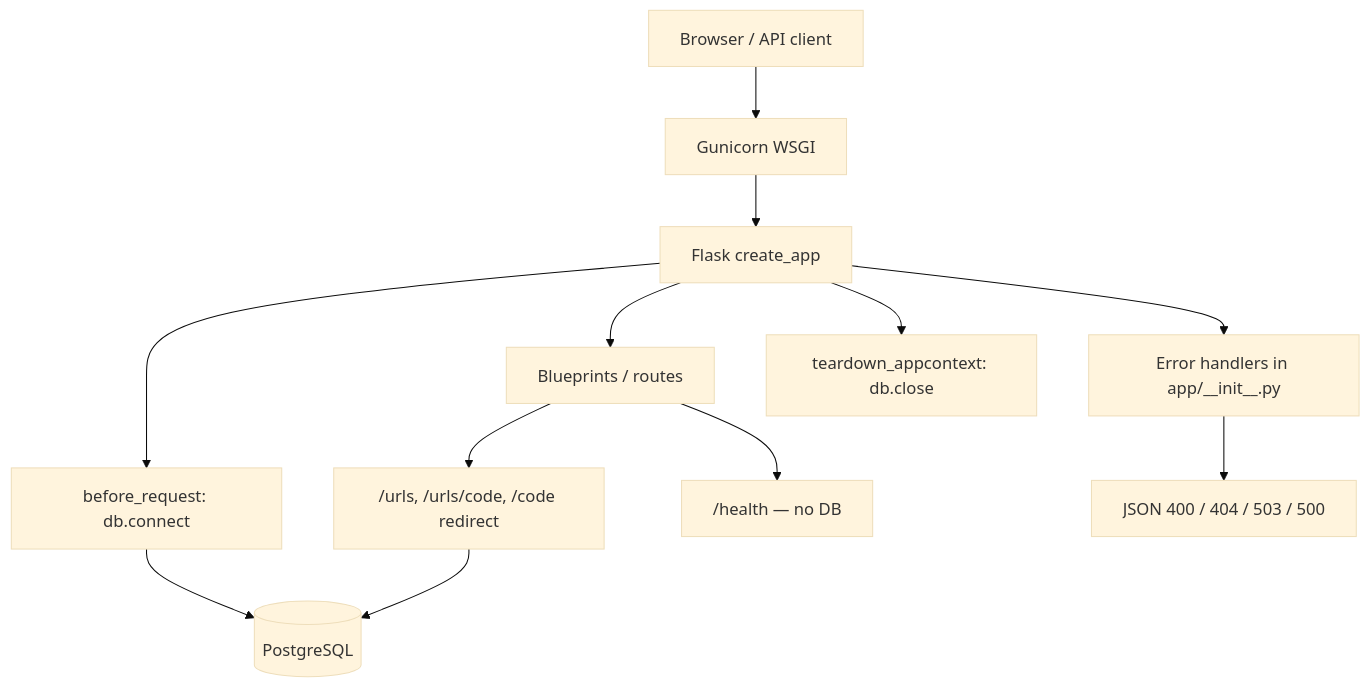
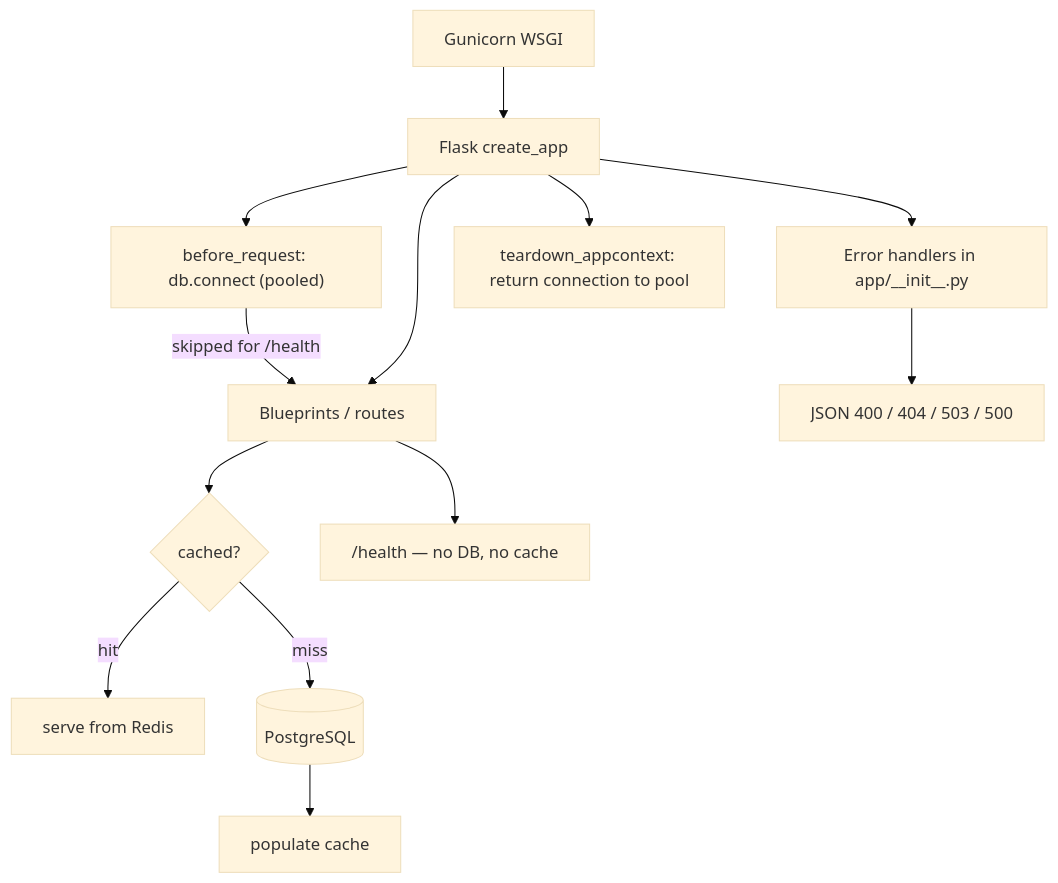
Before and after one commit to MartinLam12/PE-Hackathon-Template-2026: the second of 2 diagrams in docs/architecture.md, drawn with Mermaid (base theme). The commit also changed other lines of this file and 5 other files, not shown here.

````diff
--- a/docs/architecture.md
+++ b/docs/architecture.md
@@ -7,14 +28,15 @@
 ```mermaid
 flowchart TB
-    Client[Browser / API client] --> Gunicorn[Gunicorn WSGI]
-    Gunicorn --> Flask[Flask create_app]
-    Flask --> BeforeReq[before_request: db.connect]
+    Gunicorn[Gunicorn WSGI] --> Flask[Flask create_app]
+    Flask --> BeforeReq["before_request: db.connect (pooled)"]
+    BeforeReq -->|"skipped for /health"| Routes
     Flask --> Routes[Blueprints / routes]
-    Routes --> Urls["/urls, /urls/code, /code redirect"]
-    Routes --> Health["/health — no DB"]
-    BeforeReq --> Postgres[(PostgreSQL)]
-    Urls --> Postgres
+    Routes --> CacheCheck{"cached?"}
+    CacheCheck -->|hit| Served["serve from Redis"]
+    CacheCheck -->|miss| Postgres[(PostgreSQL)]
+    Postgres --> Fill["populate cache"]
+    Routes --> Health["/health — no DB, no cache"]
     Flask --> ErrorHandlers["Error handlers in app/__init__.py"]
     ErrorHandlers --> JsonResponse["JSON 400 / 404 / 503 / 500"]
-    Flask --> Teardown[teardown_appcontext: db.close]
+    Flask --> Teardown["teardown_appcontext: return connection to pool"]
 ```
````
